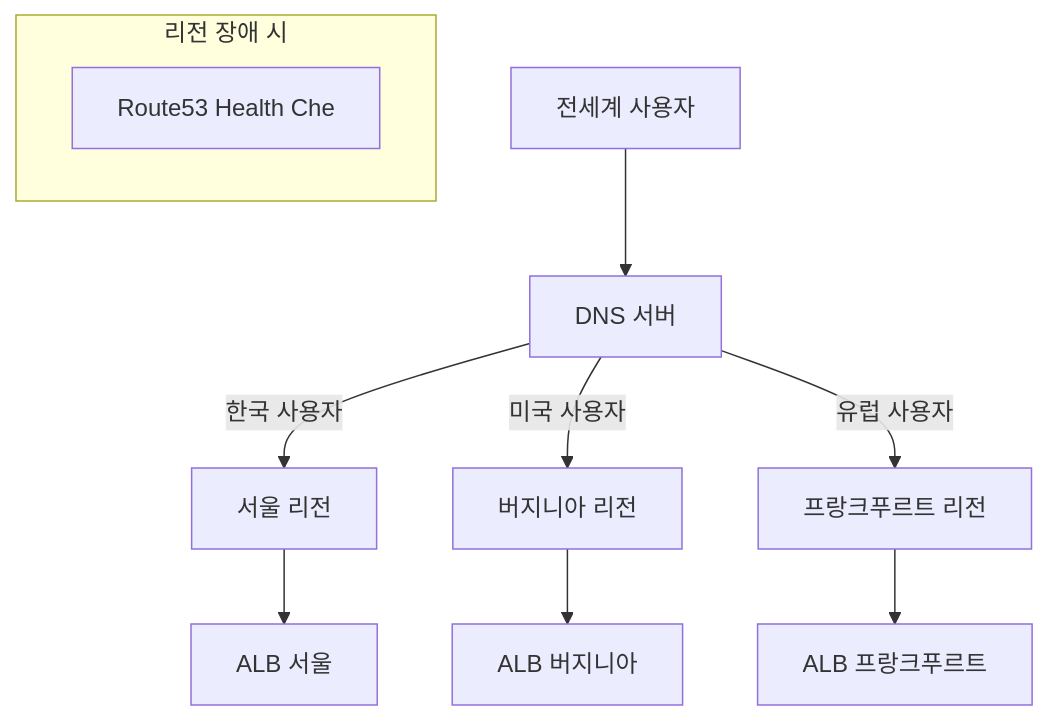
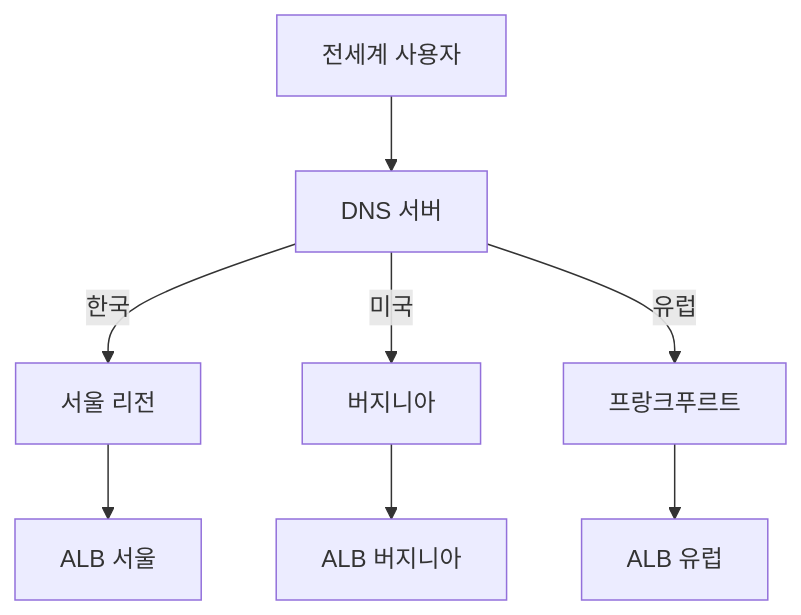
The fifth of 8 diagrams in _posts/network/2026-05-01-load-balancer.md (yjkim2015/yjkim2015.github.io), drawn with Mermaid before and after one commit. The commit also changed other lines of this file and 155 other files, not shown here.

First line of the commit message:
Mermaid 전면 수정: subgraph 제거, participant/노드/줄수 축소 (342블록)

````diff
--- a/_posts/network/2026-05-01-load-balancer.md
+++ b/_posts/network/2026-05-01-load-balancer.md
@@ -603,14 +599,10 @@
 ```mermaid
 graph TD
-    User["전세계 사용자"]
-    User --> DNS["DNS 서버"]
-    DNS -->|"한국 사용자"| Seoul["서울 리전"]
-    DNS -->|"미국 사용자"| Virginia["버지니아 리전"]
-    DNS -->|"유럽 사용자"| Frankfurt["프랑크푸르트 리전"]
+    User["전세계 사용자"] --> DNS["DNS 서버"]
+    DNS -->|한국| Seoul["서울 리전"]
+    DNS -->|미국| Virginia["버지니아"]
+    DNS -->|유럽| Frankfurt["프랑크푸르트"]
     Seoul --> ALB_Seoul["ALB 서울"]
     Virginia --> ALB_VA["ALB 버지니아"]
-    Frankfurt --> ALB_FRA["ALB 프랑크푸르트"]
-    subgraph "리전 장애 시"
-        Failover["Route53 Health Che"]
-    end
+    Frankfurt --> ALB_FRA["ALB 유럽"]
 ```
````
